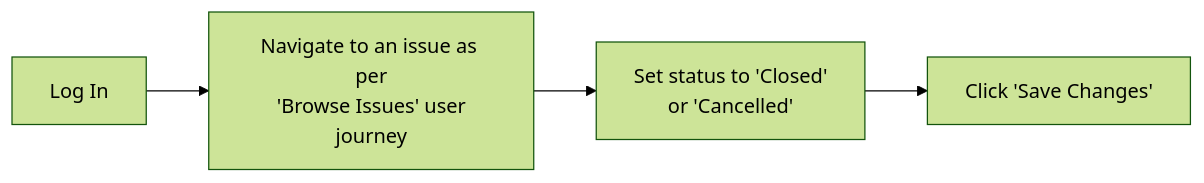
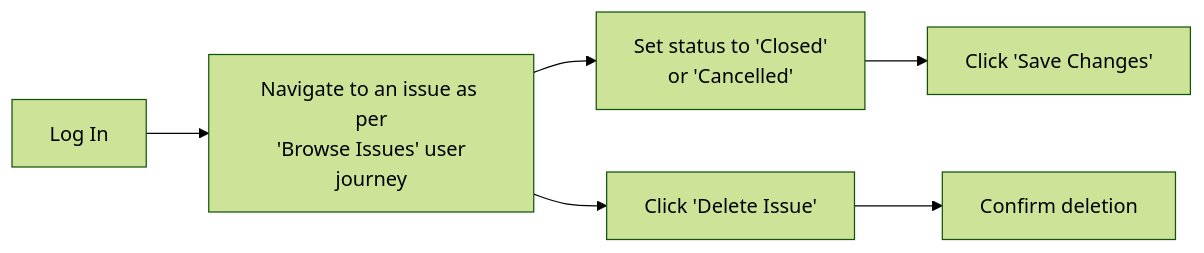
One commit to EvitaKnits/hitch-hound changed the fifth of 10 diagrams in README.md. Above: the diagram before and after it, drawn with Mermaid (forest theme). The commit also changed other lines of this file and 29 other files, not shown here.

````diff
--- a/README.md
+++ b/README.md
@@ -128,6 +138,8 @@
 ```mermaid
 flowchart LR
     A[Log In] --> B[Navigate to an issue as per\n 'Browse Issues' user journey]
     B --> C[Set status to 'Closed'\n or 'Cancelled']
+    B --> E[Click 'Delete Issue']
+    E --> F[Confirm deletion]
     C --> D[Click 'Save Changes']
 ```
````
